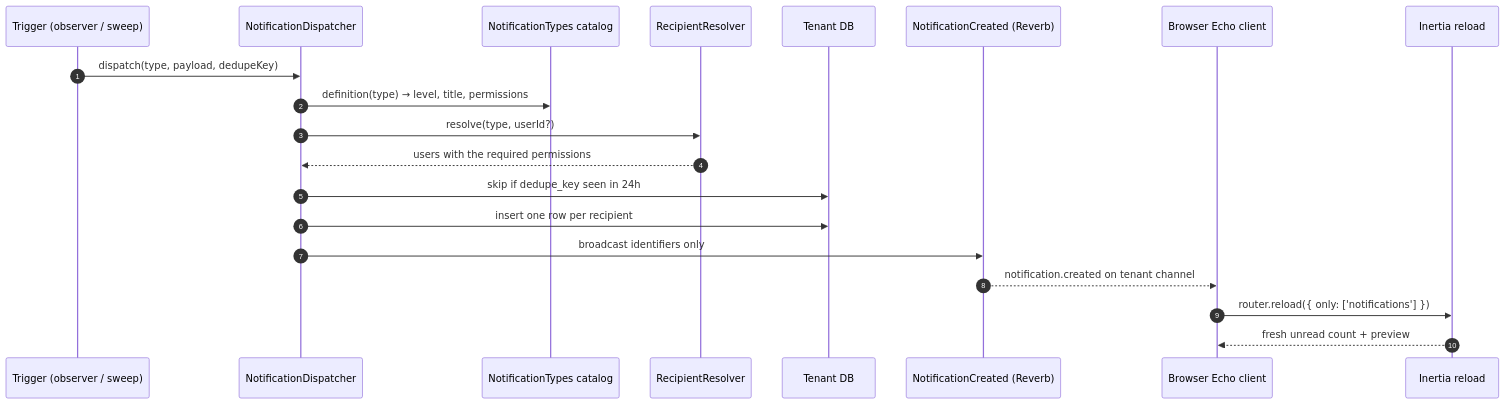
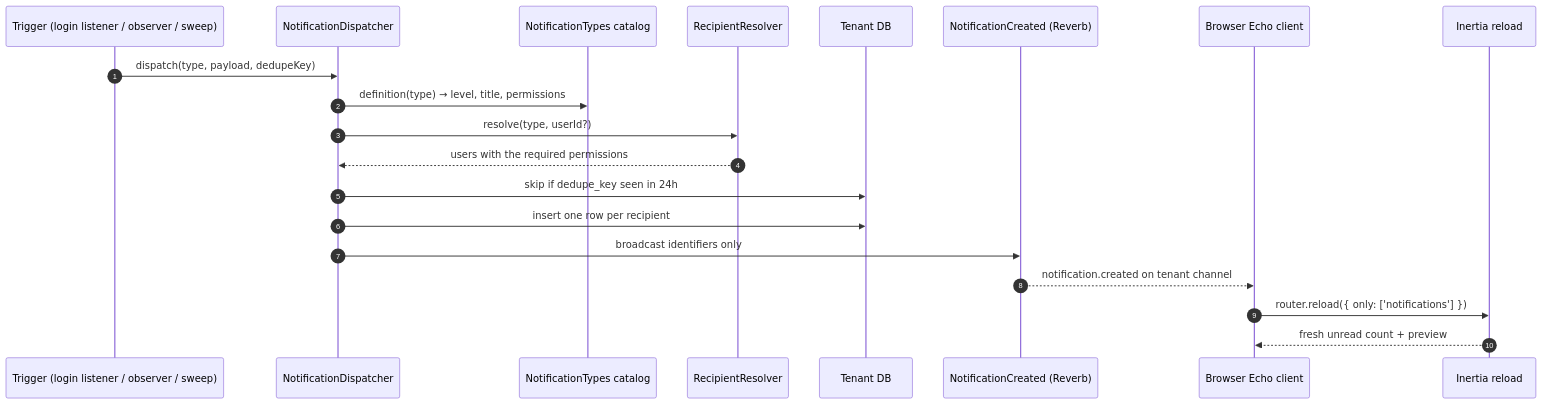
One commit to Danik2310/SaaS-Tenant-laravel changed the diagram in docs/architecture/09-notifications.md. Above: the diagram before and after it, drawn with Mermaid. The commit also changed other lines of this file and 6 other files, not shown here.

````diff
--- a/docs/architecture/09-notifications.md
+++ b/docs/architecture/09-notifications.md
@@ -14,23 +14,23 @@
 ```mermaid
 sequenceDiagram
     autonumber
-    participant T as Trigger (observer / sweep)
+    participant T as Trigger (login listener / observer / sweep)
     participant D as NotificationDispatcher
     participant C as NotificationTypes catalog
     participant R as RecipientResolver
     participant DB as Tenant DB
     participant E as NotificationCreated (Reverb)
     participant W as Browser Echo client
     participant I as Inertia reload
 
     T->>D: dispatch(type, payload, dedupeKey)
     D->>C: definition(type) → level, title, permissions
     D->>R: resolve(type, userId?)
     R-->>D: users with the required permissions
     D->>DB: skip if dedupe_key seen in 24h
     D->>DB: insert one row per recipient
     D->>E: broadcast identifiers only
     E-->>W: notification.created on tenant channel
     W->>I: router.reload({ only: ['notifications'] })
     I-->>W: fresh unread count + preview
 ```
````
